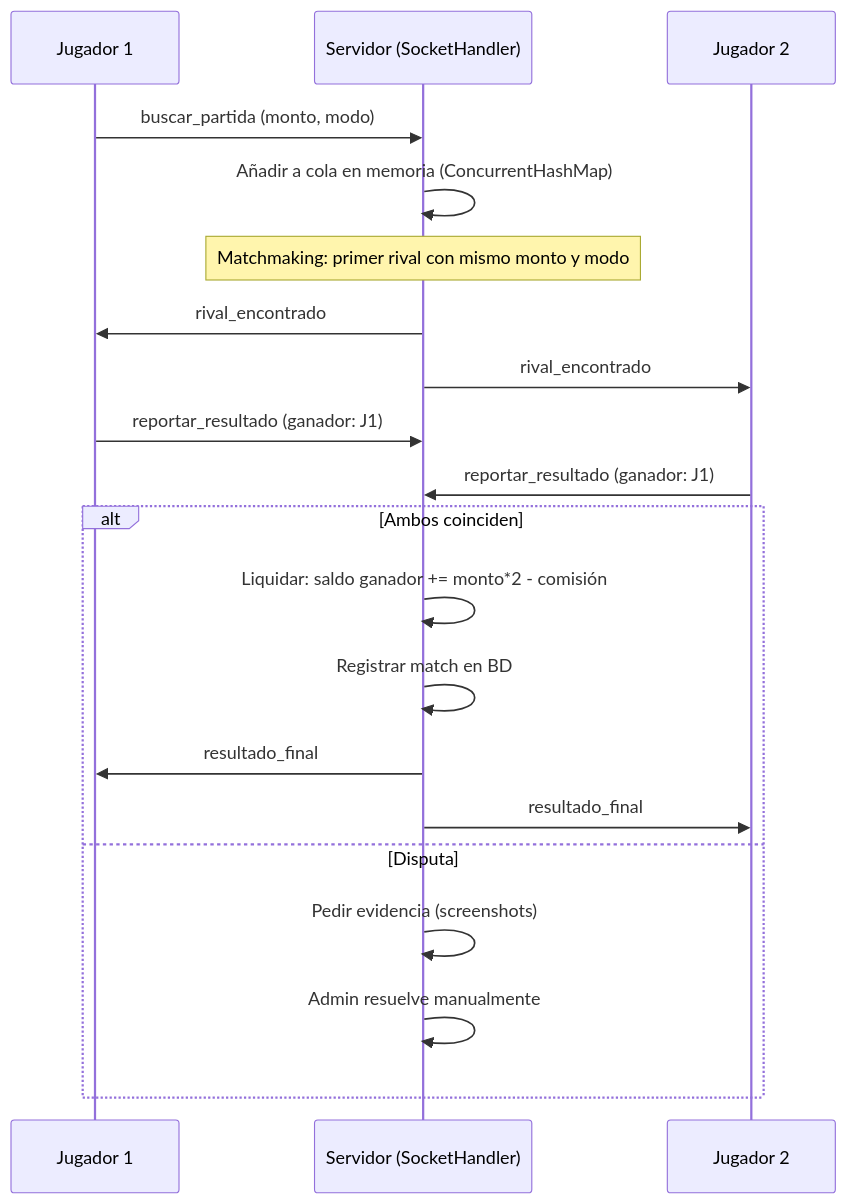
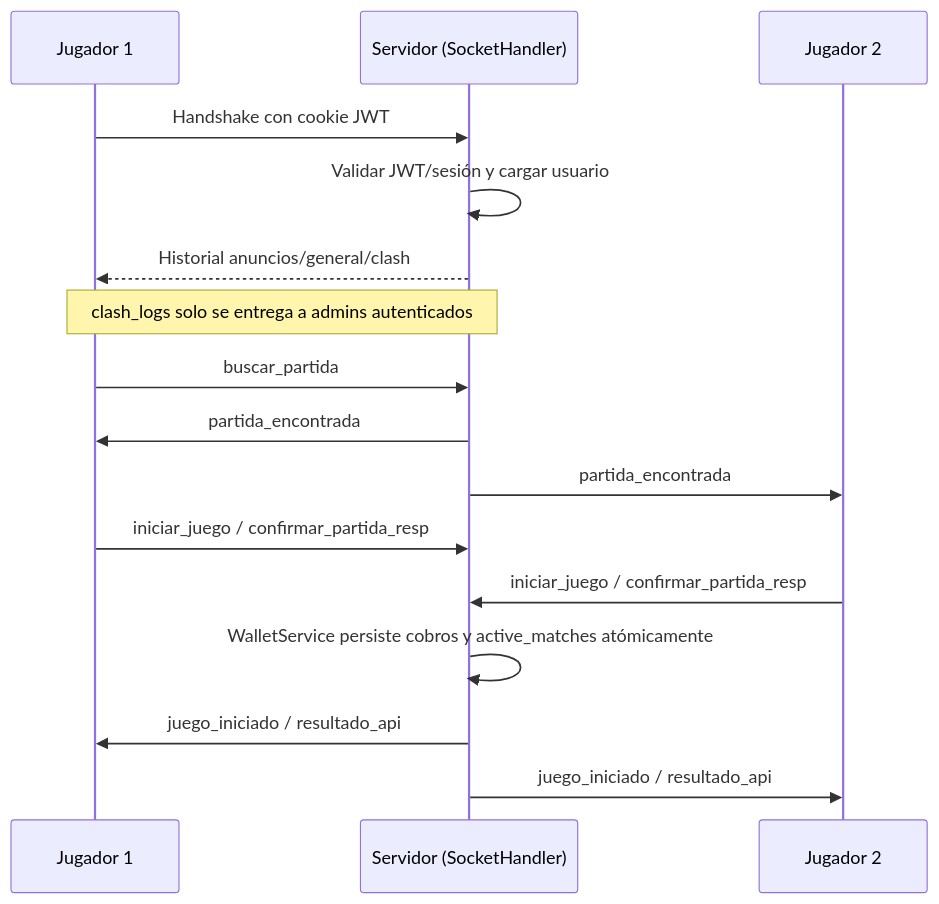
One commit to jddmjamd-bit/pahinita changed the diagram in ARCHITECTURE.md. Above: the diagram before and after it, drawn with Mermaid. The commit also changed other lines of this file and 7 other files, not shown here.

````diff
--- a/ARCHITECTURE.md
+++ b/ARCHITECTURE.md
@@ -156,26 +156,19 @@
 ```mermaid
 sequenceDiagram
     participant J1 as Jugador 1
     participant S as Servidor (SocketHandler)
     participant J2 as Jugador 2
 
-    J1->>S: buscar_partida (monto, modo)
-    S->>S: Añadir a cola en memoria (ConcurrentHashMap)
-    Note over S: Matchmaking: primer rival con mismo monto y modo
-
-    S->>J1: rival_encontrado
-    S->>J2: rival_encontrado
-
-    J1->>S: reportar_resultado (ganador: J1)
-    J2->>S: reportar_resultado (ganador: J1)
-
-    alt Ambos coinciden
-        S->>S: Liquidar: saldo ganador += monto*2 - comisión
-        S->>S: Registrar match en BD
-        S->>J1: resultado_final
-        S->>J2: resultado_final
-    else Disputa
-        S->>S: Pedir evidencia (screenshots)
-        S->>S: Admin resuelve manualmente
-    end
+    J1->>S: Handshake con cookie JWT
+    S->>S: Validar JWT/sesión y cargar usuario
+    S-->>J1: Historial anuncios/general/clash
+    Note over S,J1: clash_logs solo se entrega a admins autenticados
+    J1->>S: buscar_partida
+    S->>J1: partida_encontrada
+    S->>J2: partida_encontrada
+    J1->>S: iniciar_juego / confirmar_partida_resp
+    J2->>S: iniciar_juego / confirmar_partida_resp
+    S->>S: WalletService persiste cobros y active_matches atómicamente
+    S->>J1: juego_iniciado / resultado_api
+    S->>J2: juego_iniciado / resultado_api
 ```
````
